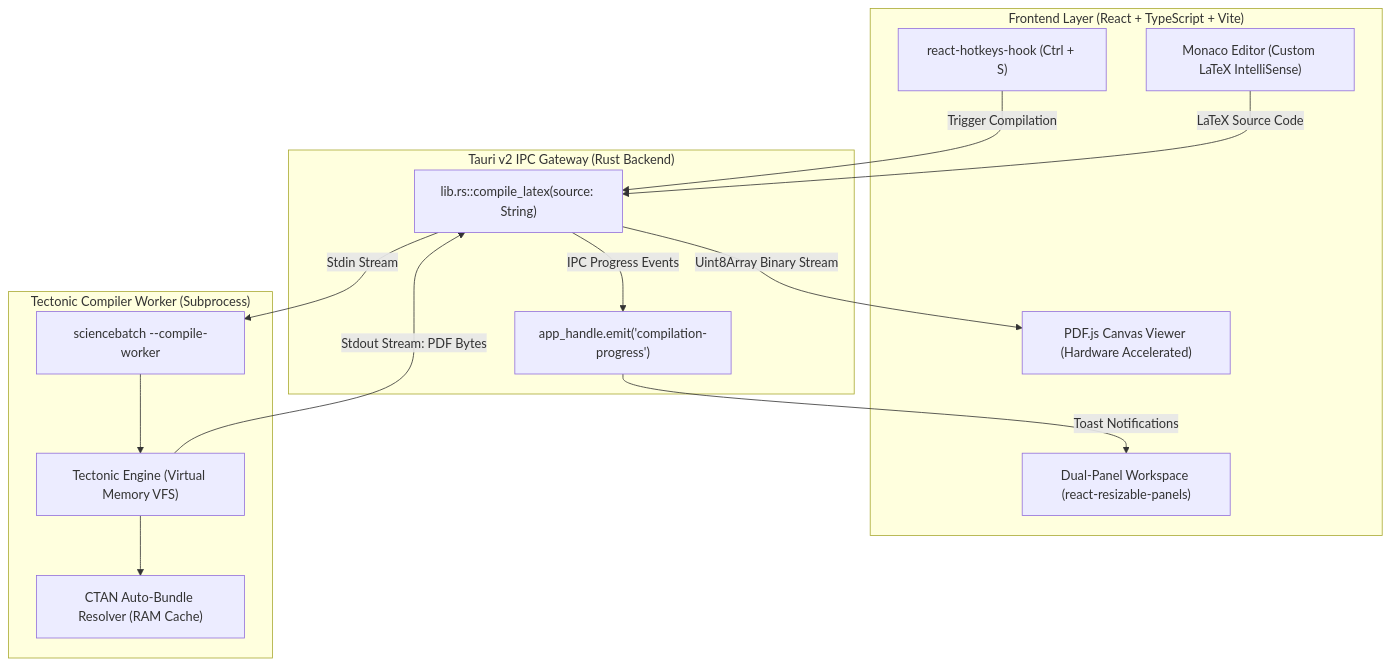
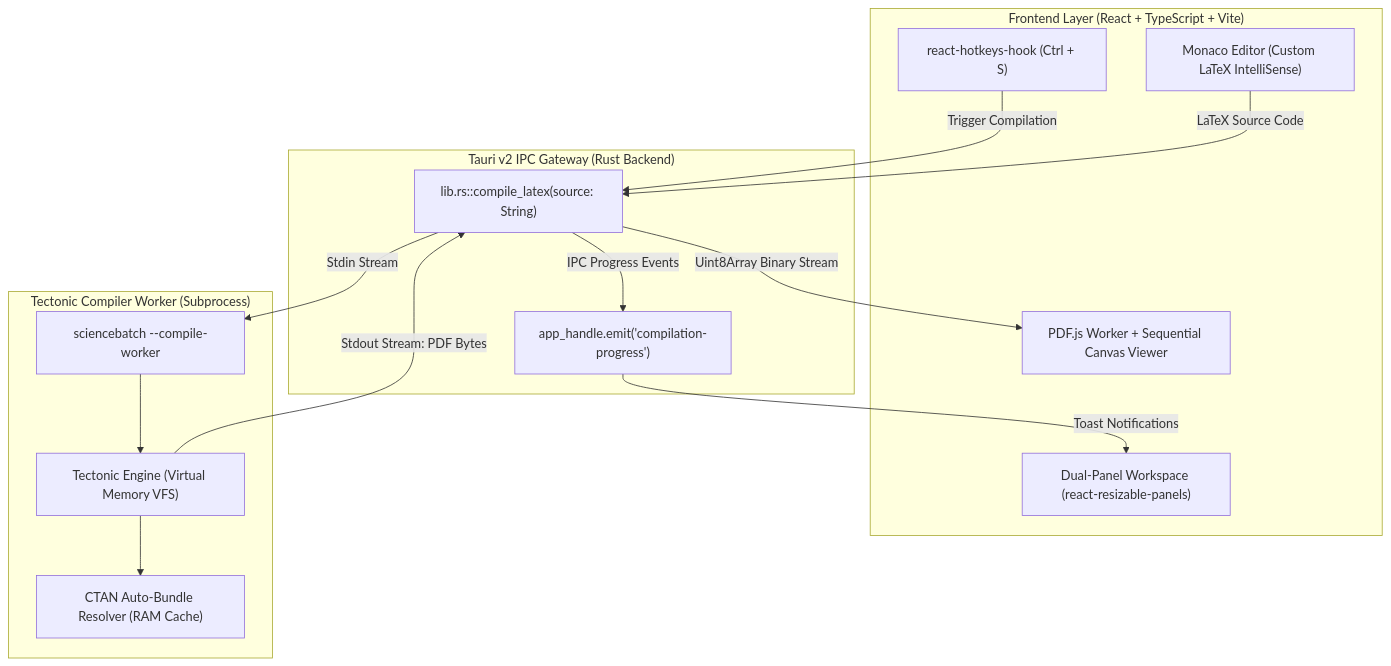
The diagram in README.md (maanfitow/ScienceBatch), drawn with Mermaid before and after one commit. The commit also changed other lines of this file and 4 other files, not shown here.

````diff
--- a/README.md
+++ b/README.md
@@ -47,30 +48,30 @@
 ```mermaid
 flowchart TD
     subgraph Frontend ["Frontend Layer (React + TypeScript + Vite)"]
         UI["Dual-Panel Workspace (react-resizable-panels)"]
         Monaco["Monaco Editor (Custom LaTeX IntelliSense)"]
-        PdfViewer["PDF.js Canvas Viewer (Hardware Accelerated)"]
+        PdfViewer["PDF.js Worker + Sequential Canvas Viewer"]
         Hotkeys["react-hotkeys-hook (Ctrl + S)"]
     end
 
     subgraph Tauri_IPC ["Tauri v2 IPC Gateway (Rust Backend)"]
         Command["lib.rs::compile_latex(source: String)"]
         Events["app_handle.emit('compilation-progress')"]
     end
 
     subgraph Isolated_Worker ["Tectonic Compiler Worker (Subprocess)"]
         WorkerMain["sciencebatch --compile-worker"]
         TectonicVFS["Tectonic Engine (Virtual Memory VFS)"]
         CTAN["CTAN Auto-Bundle Resolver (RAM Cache)"]
     end
 
     Hotkeys -->|Trigger Compilation| Command
     Monaco -->|LaTeX Source Code| Command
     Command -->|Stdin Stream| WorkerMain
     WorkerMain --> TectonicVFS
     TectonicVFS --> CTAN
     TectonicVFS -->|Stdout Stream: PDF Bytes| Command
     Command -->|IPC Progress Events| Events
     Events -->|Toast Notifications| UI
     Command -->|Uint8Array Binary Stream| PdfViewer
 ```
````
